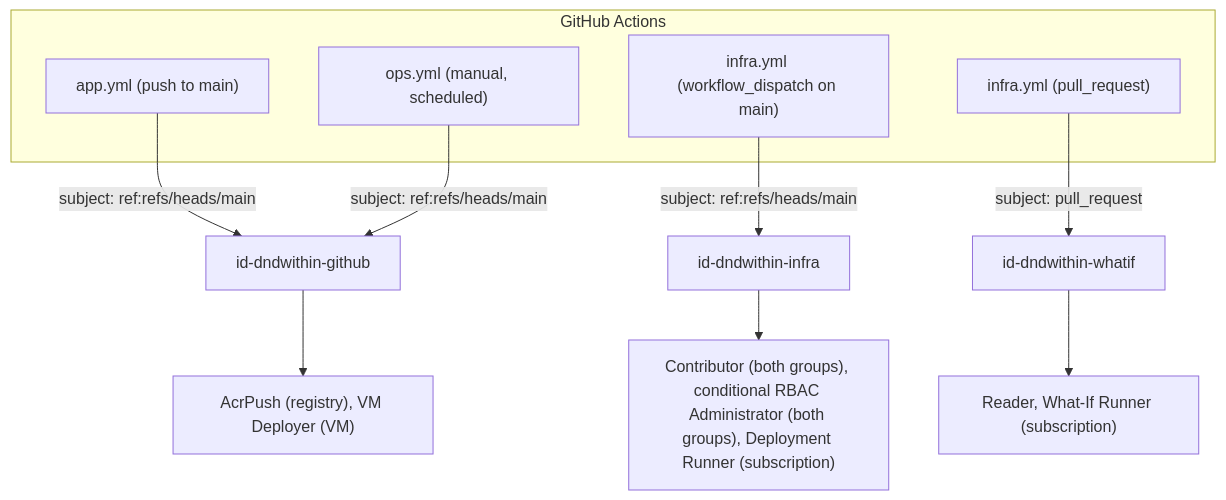
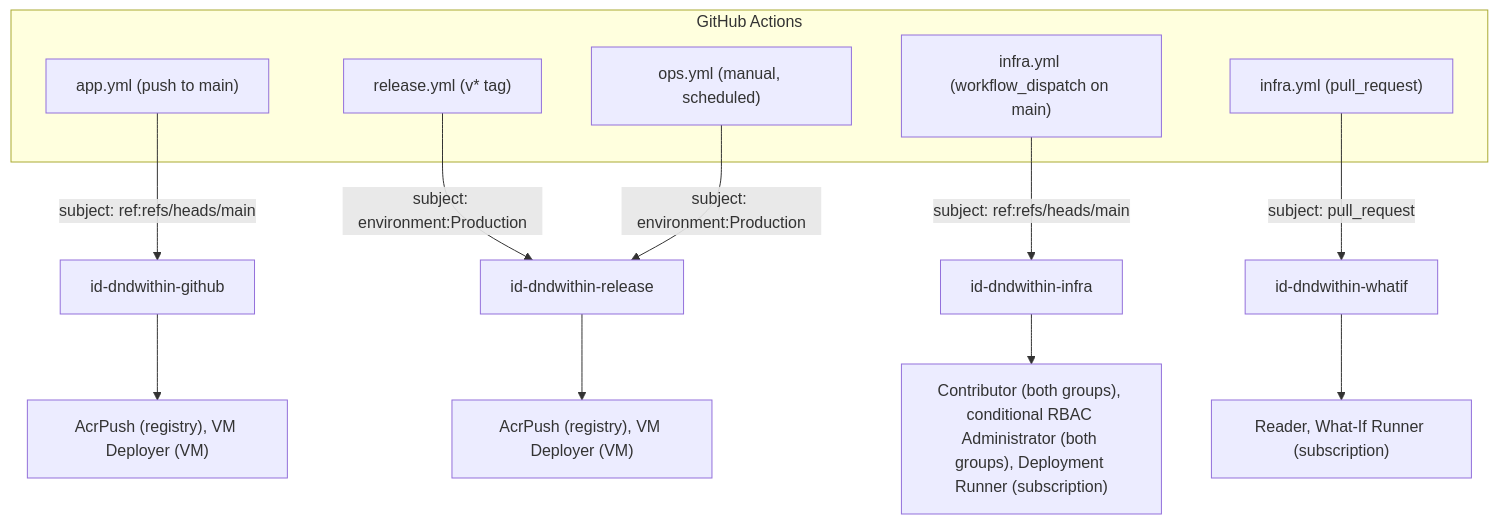
Before and after one commit to brock-afk/dnd-within: the second of 2 diagrams in docs/architecture.md, drawn with Mermaid. The commit also changed other lines of this file and 7 other files, not shown here.

Commit message:
ref: production releases only run on tags instead of every merge to main

````diff
--- a/docs/architecture.md
+++ b/docs/architecture.md
@@ -44,18 +44,21 @@
 ```mermaid
 flowchart TB
     subgraph gh["GitHub Actions"]
         app_wf["app.yml (push to main)"]
+        release_wf["release.yml (v* tag)"]
         ops_wf["ops.yml (manual, scheduled)"]
         infra_dispatch["infra.yml (workflow_dispatch on main)"]
         infra_pr["infra.yml (pull_request)"]
     end
 
     app_wf -- "subject: ref:refs/heads/main" --> id_app["id-dndwithin-github"]
-    ops_wf -- "subject: ref:refs/heads/main" --> id_app
+    release_wf -- "subject: environment:Production" --> id_release["id-dndwithin-release"]
+    ops_wf -- "subject: environment:Production" --> id_release
     infra_dispatch -- "subject: ref:refs/heads/main" --> id_infra["id-dndwithin-infra"]
     infra_pr -- "subject: pull_request" --> id_whatif["id-dndwithin-whatif"]
 
     id_app --> r_app["AcrPush (registry), VM Deployer (VM)"]
+    id_release --> r_release["AcrPush (registry), VM Deployer (VM)"]
     id_infra --> r_infra["Contributor (both groups), conditional RBAC Administrator (both groups), Deployment Runner (subscription)"]
     id_whatif --> r_whatif["Reader, What-If Runner (subscription)"]
 ```
````
